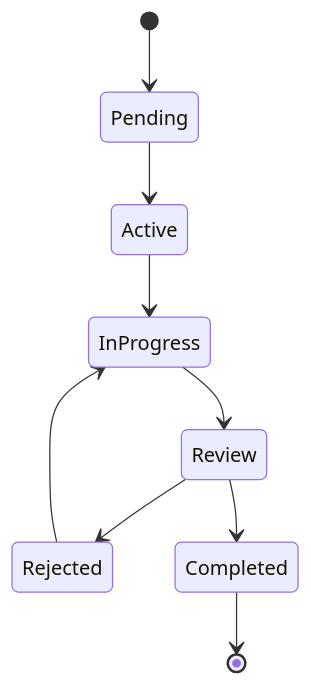
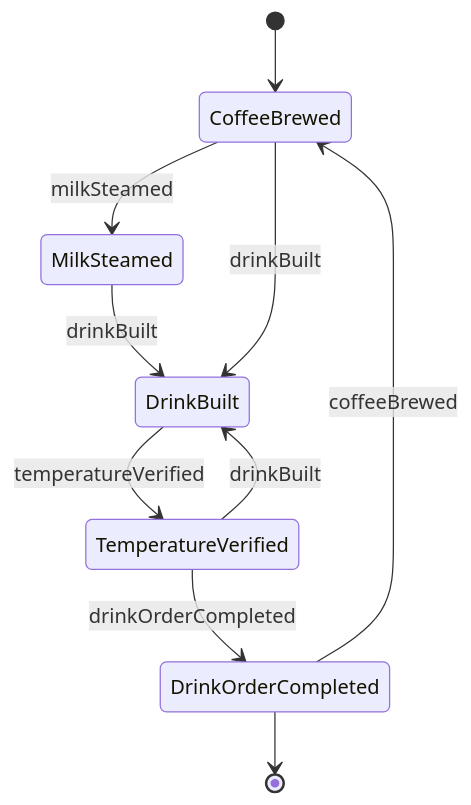
Before and after one commit to dot-org-ai/tasks.org.ai: the second of 4 diagrams in HandlingAndMovingObjects/PrepareFoodsOrBeverages/PrepareHotColdBeverages.mdx, drawn with Mermaid. The commit also changed other lines of this file and 515 other files, not shown here.

````diff
--- a/HandlingAndMovingObjects/PrepareFoodsOrBeverages/PrepareHotColdBeverages.mdx
+++ b/HandlingAndMovingObjects/PrepareFoodsOrBeverages/PrepareHotColdBeverages.mdx
@@ -98,11 +98,12 @@
 ```mermaid
 stateDiagram-v2
-    [*] --> Pending
-    Pending --> Active
-    Active --> InProgress
-    InProgress --> Review
-    Review --> Rejected
-    Rejected --> InProgress
-    Review --> Completed
-    Completed --> [*]
+    [*] --> CoffeeBrewed
+    CoffeeBrewed --> MilkSteamed : milkSteamed
+    MilkSteamed --> DrinkBuilt : drinkBuilt
+    CoffeeBrewed --> DrinkBuilt : drinkBuilt
+    DrinkBuilt --> TemperatureVerified : temperatureVerified
+    TemperatureVerified --> DrinkBuilt : drinkBuilt
+    TemperatureVerified --> DrinkOrderCompleted : drinkOrderCompleted
+    DrinkOrderCompleted --> CoffeeBrewed : coffeeBrewed
+    DrinkOrderCompleted --> [*]
 ```
````
